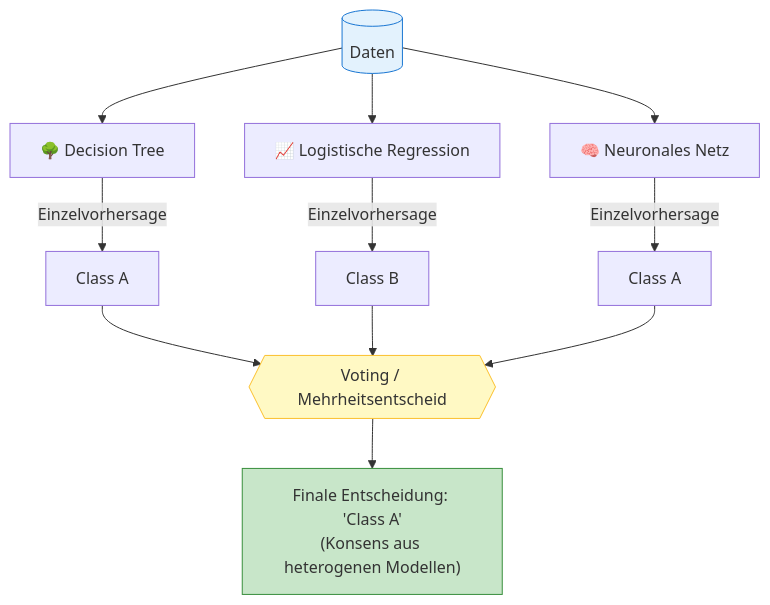
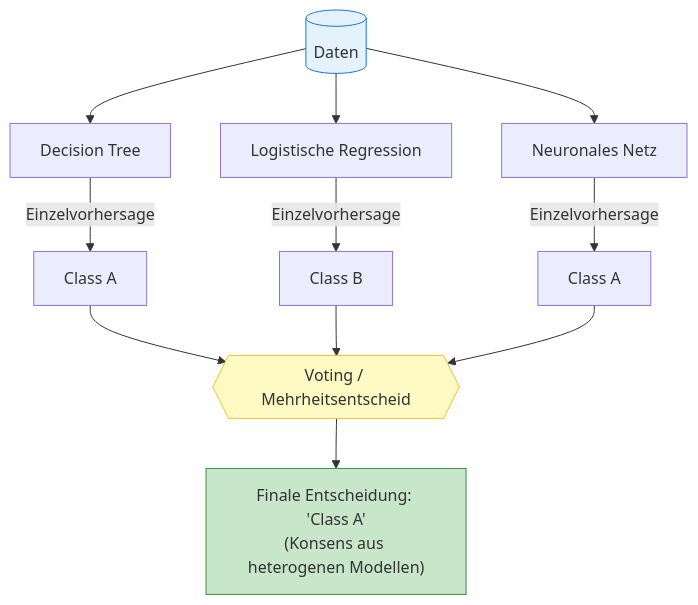
One commit to ralf-42/ML_Intro changed the second of 9 diagrams in docs/concepts/modeling/stacking.md. Above: the diagram before and after it, drawn with Mermaid.

````diff
--- a/docs/concepts/modeling/stacking.md
+++ b/docs/concepts/modeling/stacking.md
@@ -64,23 +64,23 @@
 ```mermaid
 flowchart TD
 
 D[("Daten")]
 
-D --> M1["🌳 Decision Tree"]
-D --> M2["📈 Logistische Regression"]
-D --> M3["🧠 Neuronales Netz"]
+D --> M1["Decision Tree"]
+D --> M2["Logistische Regression"]
+D --> M3["Neuronales Netz"]
 
 M1 -- "Einzelvorhersage" --> P1["Class A"]
 M2 -- "Einzelvorhersage" --> P2["Class B"]
 M3 -- "Einzelvorhersage" --> P3["Class A"]
 
 P1 --> V{{"Voting / Mehrheitsentscheid"}}
 P2 --> V
 P3 --> V
 
 V --> FINAL["Finale Entscheidung: 'Class A'<br>(Konsens aus heterogenen Modellen)"]
 
 style D fill:#e3f2fd,stroke:#1976d2
 style V fill:#fff9c4,stroke:#fbc02d
 style FINAL fill:#c8e6c9,stroke:#388e3c
 ```
````
